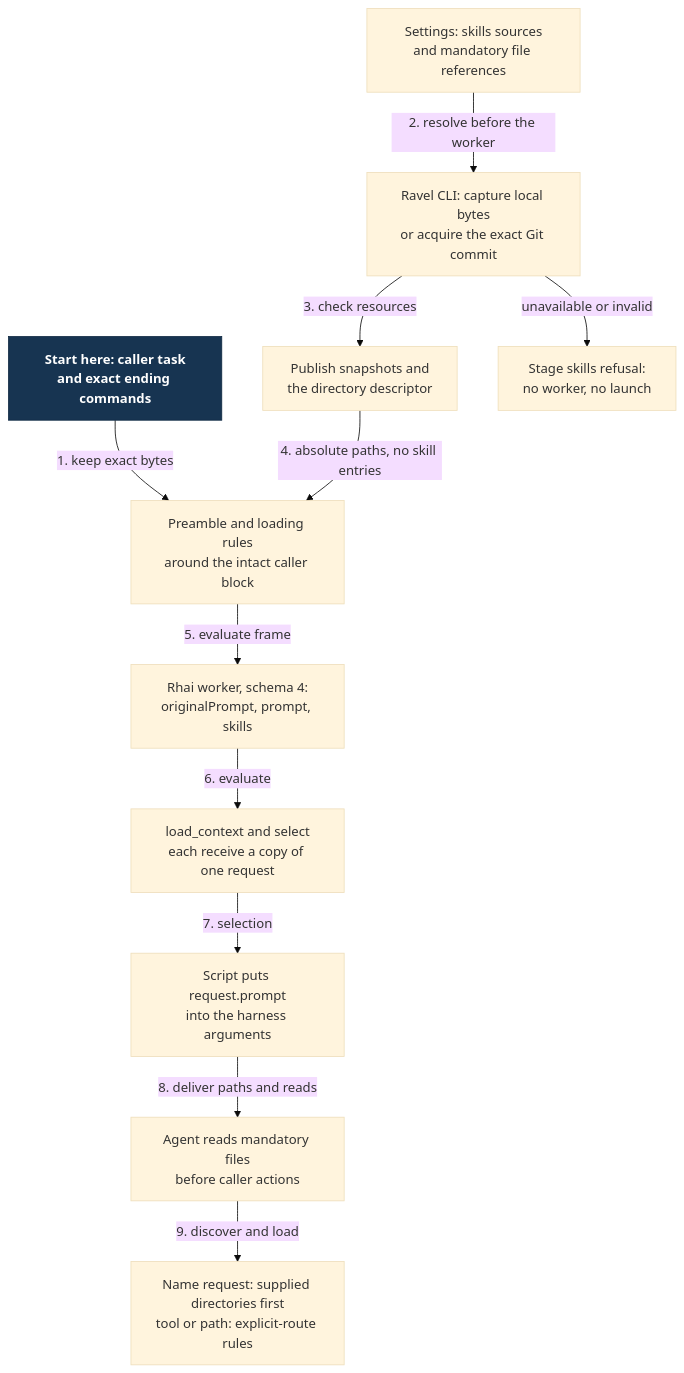
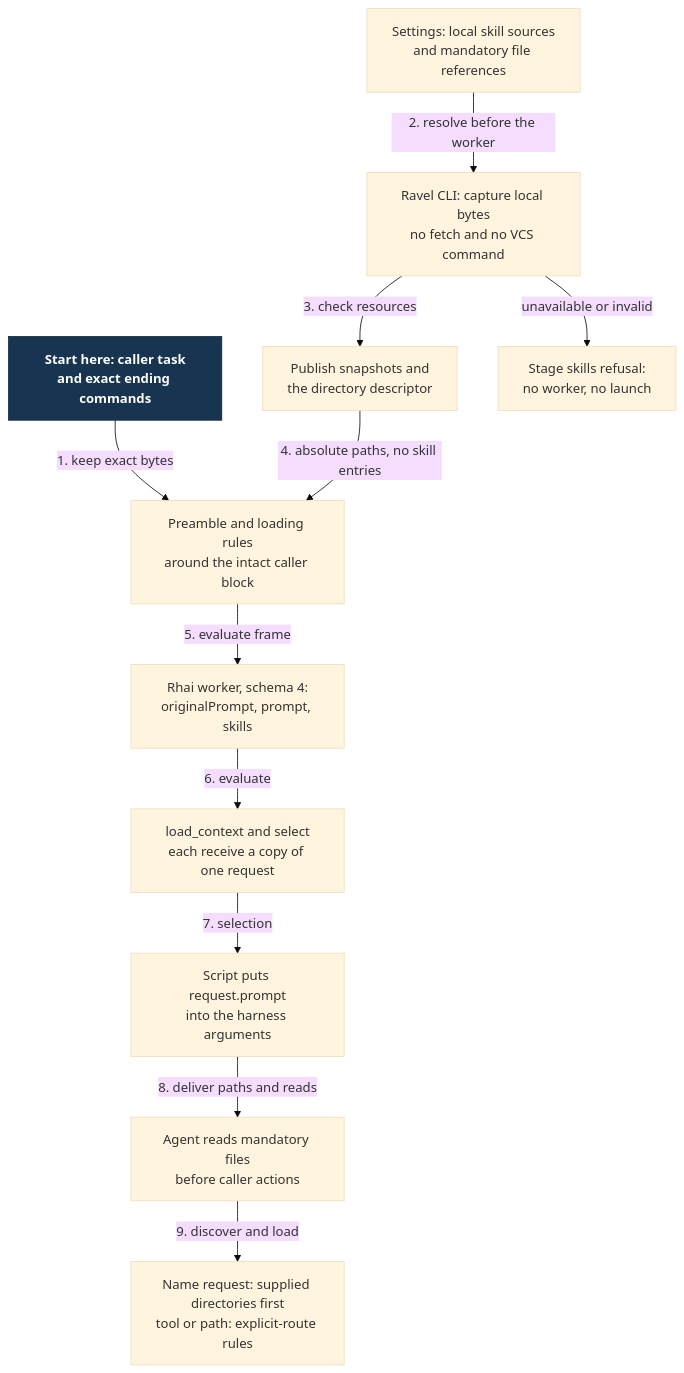
The diagram in docs/design/skill-discovery/preparation.mmd (Linkuistics/Ravel), drawn with Mermaid (base theme) before and after one commit. The commit also changed 11 other files, not shown here.

First line of the commit message:
Narrow skill sources to local directories (ravel-local-sources-k78)

```diff
--- a/docs/design/skill-discovery/preparation.mmd
+++ b/docs/design/skill-discovery/preparation.mmd
@@ -1,23 +1,23 @@
 flowchart TD
   caller["Start here: caller task<br/>and exact ending commands"]:::start
-  settings["Settings: skills sources<br/>and mandatory file references"]
-  resolve["Ravel CLI: capture local bytes<br/>or acquire the exact Git commit"]
+  settings["Settings: local skill sources<br/>and mandatory file references"]
+  resolve["Ravel CLI: capture local bytes<br/>no fetch and no VCS command"]
   publish["Publish snapshots and<br/>the directory descriptor"]
   refusal["Stage skills refusal:<br/>no worker, no launch"]
   prepare["Preamble and loading rules<br/>around the intact caller block"]
   worker["Rhai worker, schema 4:<br/>originalPrompt, prompt, skills"]
   select["load_context and select<br/>each receive a copy of one request"]
   launch["Script puts request.prompt<br/>into the harness arguments"]
   agent["Agent reads mandatory files<br/>before caller actions"]
   names["Name request: supplied directories first<br/>tool or path: explicit-route rules"]
   caller -->|1. keep exact bytes| prepare
   settings -->|2. resolve before the worker| resolve
   resolve -->|3. check resources| publish
   resolve -->|unavailable or invalid| refusal
   publish -->|4. absolute paths, no skill entries| prepare
   prepare -->|5. evaluate frame| worker
   worker -->|6. evaluate| select
   select -->|7. selection| launch
   launch -->|8. deliver paths and reads| agent
   agent -->|9. discover and load| names
   classDef start fill:#173451,color:#fff,stroke:#102a43,font-weight:bold
```
